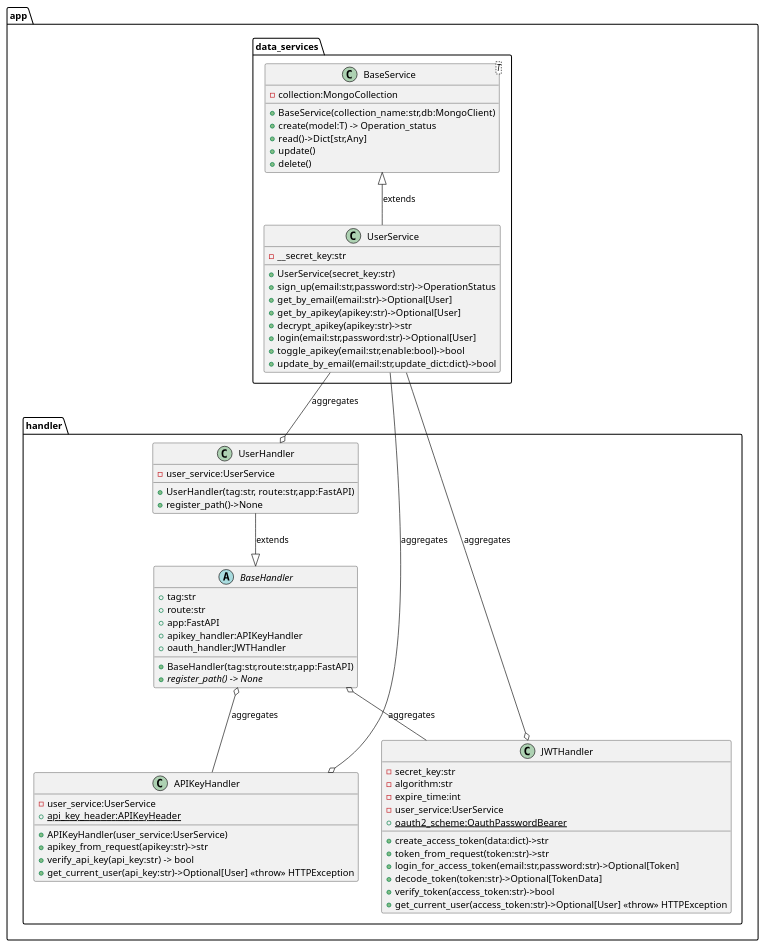
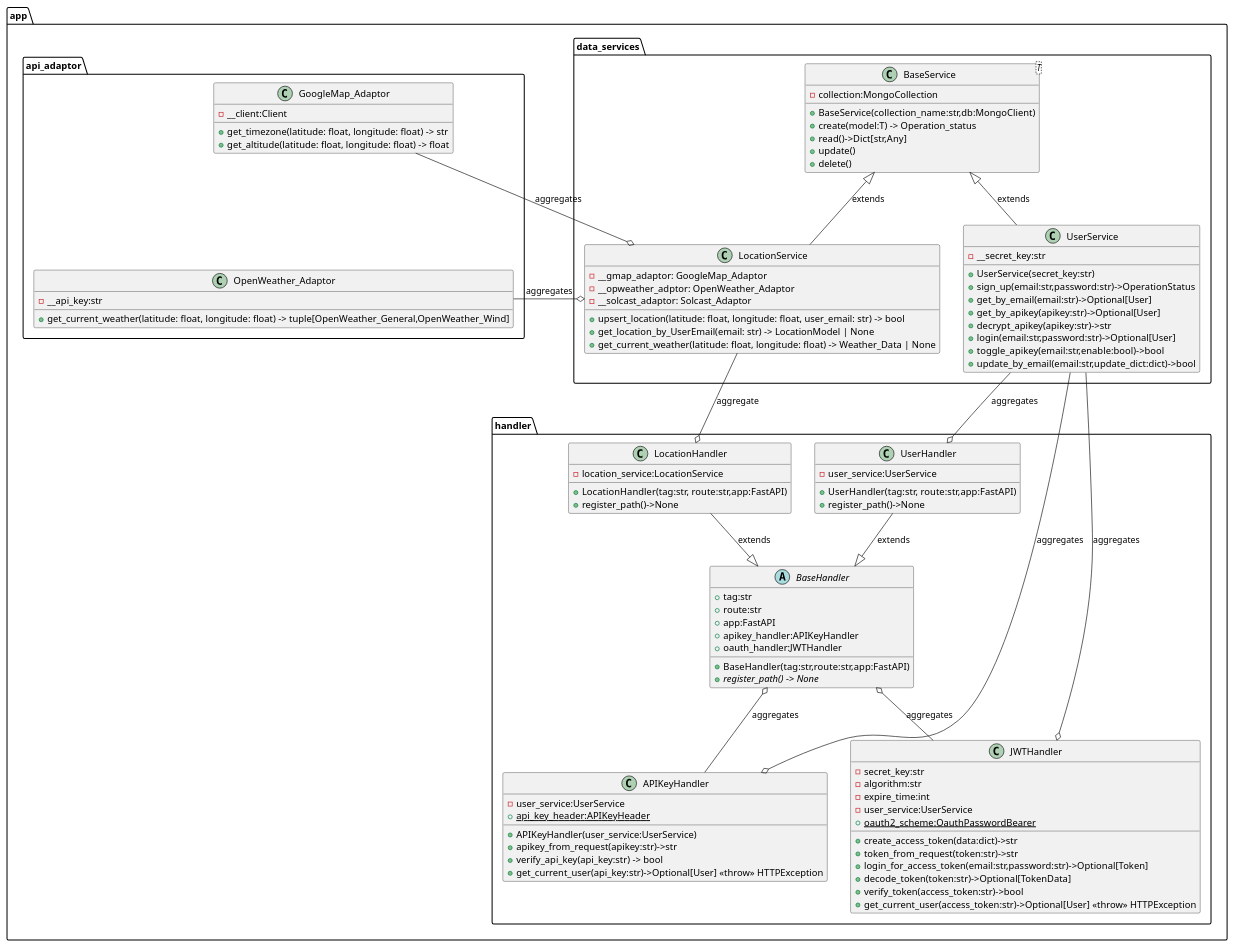
One commit to fbcharles747/Capstone_PV_API changed the diagram in design.puml. Above: the diagram before and after it, drawn with PlantUML. The commit also changed 8 other files, not shown here.

Commit message:
current weather feature

```diff
--- a/design.puml
+++ b/design.puml
@@ -1,82 +1,134 @@
 @startuml "BaseService diagram"
 
 package app.data_services{
     class BaseService <T> {
         - collection:MongoCollection
         + BaseService(collection_name:str,db:MongoClient)
         + create(model:T) -> Operation_status
         + read()->Dict[str,Any]
         + update()
         + delete()
     }
 
     class UserService{
         - __secret_key:str
         + UserService(secret_key:str)
         + sign_up(email:str,password:str)->OperationStatus
         + get_by_email(email:str)->Optional[User]
         + get_by_apikey(apikey:str)->Optional[User]
         + decrypt_apikey(apikey:str)->str
         + login(email:str,password:str)->Optional[User]
         + toggle_apikey(email:str,enable:bool)->bool
         + update_by_email(email:str,update_dict:dict)->bool
     }
+
+    class LocationService {
+        - __gmap_adaptor: GoogleMap_Adaptor
+        - __opweather_adptor: OpenWeather_Adaptor
+        - __solcast_adaptor: Solcast_Adaptor
+        
+        + upsert_location(latitude: float, longitude: float, user_email: str) -> bool
+        + get_location_by_UserEmail(email: str) -> LocationModel | None
+        + get_current_weather(latitude: float, longitude: float) -> Weather_Data | None
+    }
+}
+
+package app.api_adaptor{
+
+    
+    class GoogleMap_Adaptor{
+        - __client:Client
+        + get_timezone(latitude: float, longitude: float) -> str
+        + get_altitude(latitude: float, longitude: float) -> float
+    }
+
+    class OpenWeather_Adaptor{
+        - __api_key:str
+        + get_current_weather(latitude: float, longitude: float) -> tuple[OpenWeather_General,OpenWeather_Wind]
+    }
+
+    ' styling, these classes don't have relationship
+    GoogleMap_Adaptor -[hidden]- OpenWeather_Adaptor
+
+
 }
 
 
 package app.handler{
 
     abstract class BaseHandler{
         + tag:str
         + route:str
         + app:FastAPI
         + apikey_handler:APIKeyHandler
         + oauth_handler:JWTHandler
 
         + BaseHandler(tag:str,route:str,app:FastAPI)
         + {abstract} register_path() -> None
     }
 
+    class LocationHandler{
+        - location_service:LocationService
+        + LocationHandler(tag:str, route:str,app:FastAPI)
+        + register_path()->None
+    }
+
     class UserHandler{
         - user_service:UserService
         + UserHandler(tag:str, route:str,app:FastAPI)
         + register_path()->None
     }
+
+    
 
 
     class APIKeyHandler{
         - user_service:UserService
         + {static} api_key_header:APIKeyHeader 
         + APIKeyHandler(user_service:UserService)
         + apikey_from_request(apikey:str)->str
         + verify_api_key(api_key:str) -> bool
         + get_current_user(api_key:str)->Optional[User] <<throw>> HTTPException
     }
 
     class JWTHandler{
         - secret_key:str
         - algorithm:str
         - expire_time:int
         - user_service:UserService
         + {static} oauth2_scheme:OauthPasswordBearer
         + create_access_token(data:dict)->str
         + token_from_request(token:str)->str
         + login_for_access_token(email:str,password:str)->Optional[Token]
         + decode_token(token:str)->Optional[TokenData]
         + verify_token(access_token:str)->bool
         + get_current_user(access_token:str)->Optional[User] <<throw>> HTTPException
 
     }
 }
 
 
 BaseService <|-- UserService: extends
+BaseService <|-- LocationService:extends
 UserHandler --|> BaseHandler: extends
+LocationHandler --|>BaseHandler: extends
+
+
+' service to handler
+UserService --o UserHandler: aggregates
+LocationService --o LocationHandler: aggregate
+
+' security features
+UserService --o APIKeyHandler: aggregates
+UserService --o JWTHandler: aggregates
 BaseHandler o-- APIKeyHandler: aggregates
 BaseHandler o-- JWTHandler: aggregates
-UserService --o UserHandler: aggregates
-UserService --o APIKeyHandler: aggregates
-UserService --o JWTHandler: aggregates
+
+
+' adaptor to service
+GoogleMap_Adaptor -right-o LocationService: aggregates
+OpenWeather_Adaptor -right-o LocationService: aggregates
+
 
 
 @enduml
```
